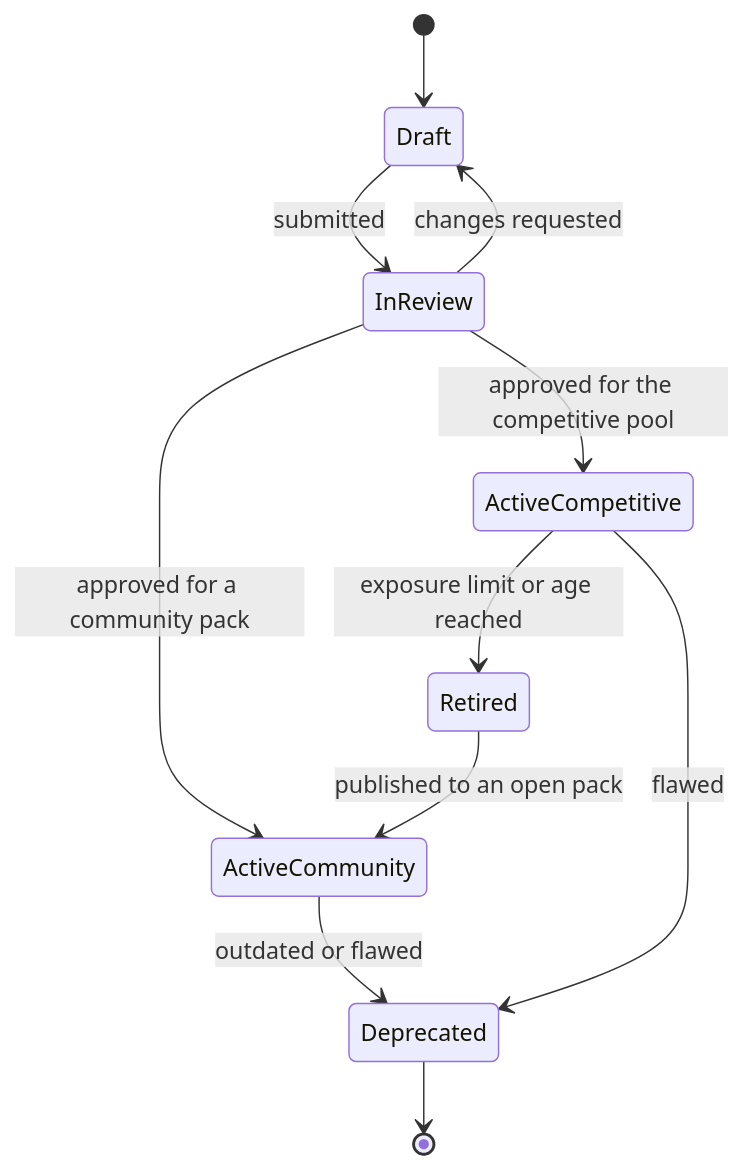
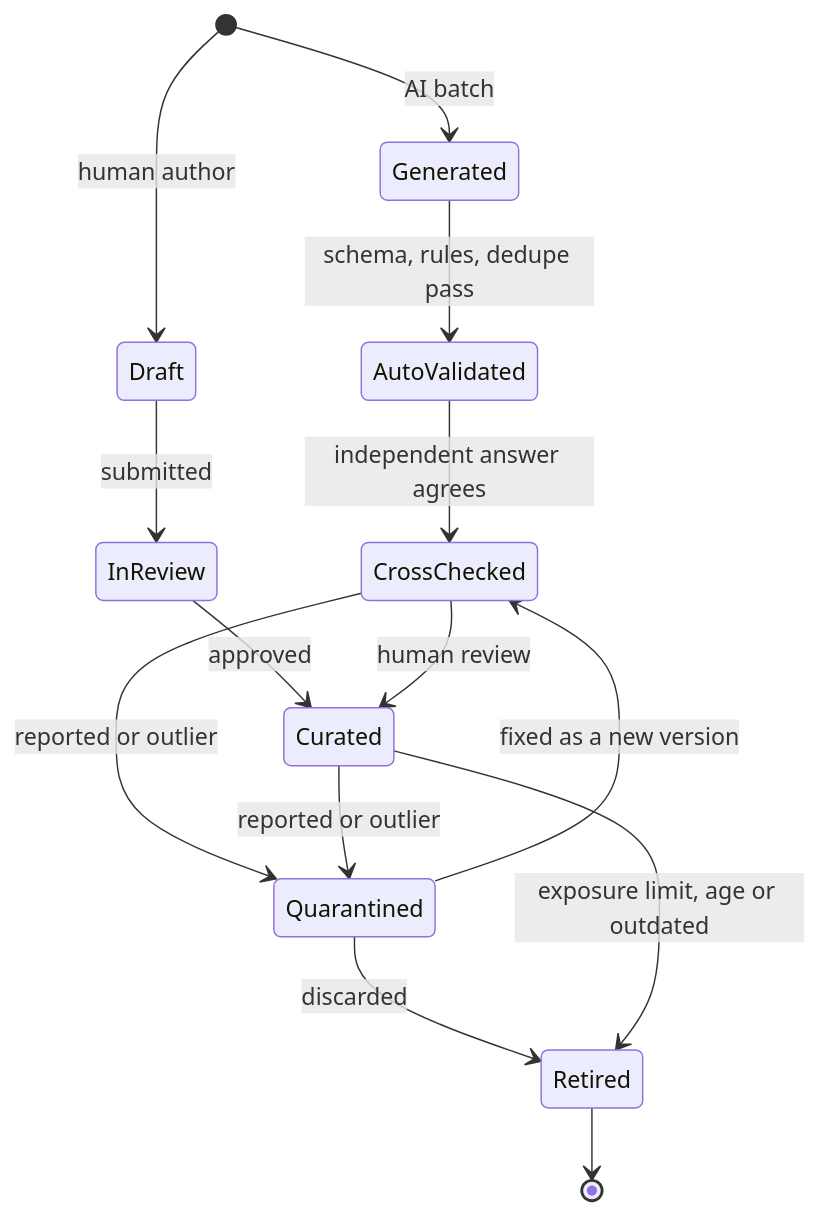
The second of 2 diagrams in docs/questions/content-strategy.md (ricardoverita/cv-rush), drawn with Mermaid before and after one commit. The commit also changed other lines of this file and 39 other files, not shown here.

````diff
--- a/docs/questions/content-strategy.md
+++ b/docs/questions/content-strategy.md
@@ -72,13 +88,16 @@
 ```mermaid
 stateDiagram-v2
-  [*] --> Draft
+  [*] --> Generated: AI batch
+  [*] --> Draft: human author
+  Generated --> AutoValidated: schema, rules, dedupe pass
+  AutoValidated --> CrossChecked: independent answer agrees
   Draft --> InReview: submitted
-  InReview --> Draft: changes requested
-  InReview --> ActiveCommunity: approved for a community pack
-  InReview --> ActiveCompetitive: approved for the competitive pool
-  ActiveCompetitive --> Retired: exposure limit or age reached
-  Retired --> ActiveCommunity: published to an open pack
-  ActiveCommunity --> Deprecated: outdated or flawed
-  ActiveCompetitive --> Deprecated: flawed
-  Deprecated --> [*]
+  InReview --> Curated: approved
+  CrossChecked --> Curated: human review
+  CrossChecked --> Quarantined: reported or outlier
+  Curated --> Quarantined: reported or outlier
+  Quarantined --> CrossChecked: fixed as a new version
+  Quarantined --> Retired: discarded
+  Curated --> Retired: exposure limit, age or outdated
+  Retired --> [*]
 ```
````
